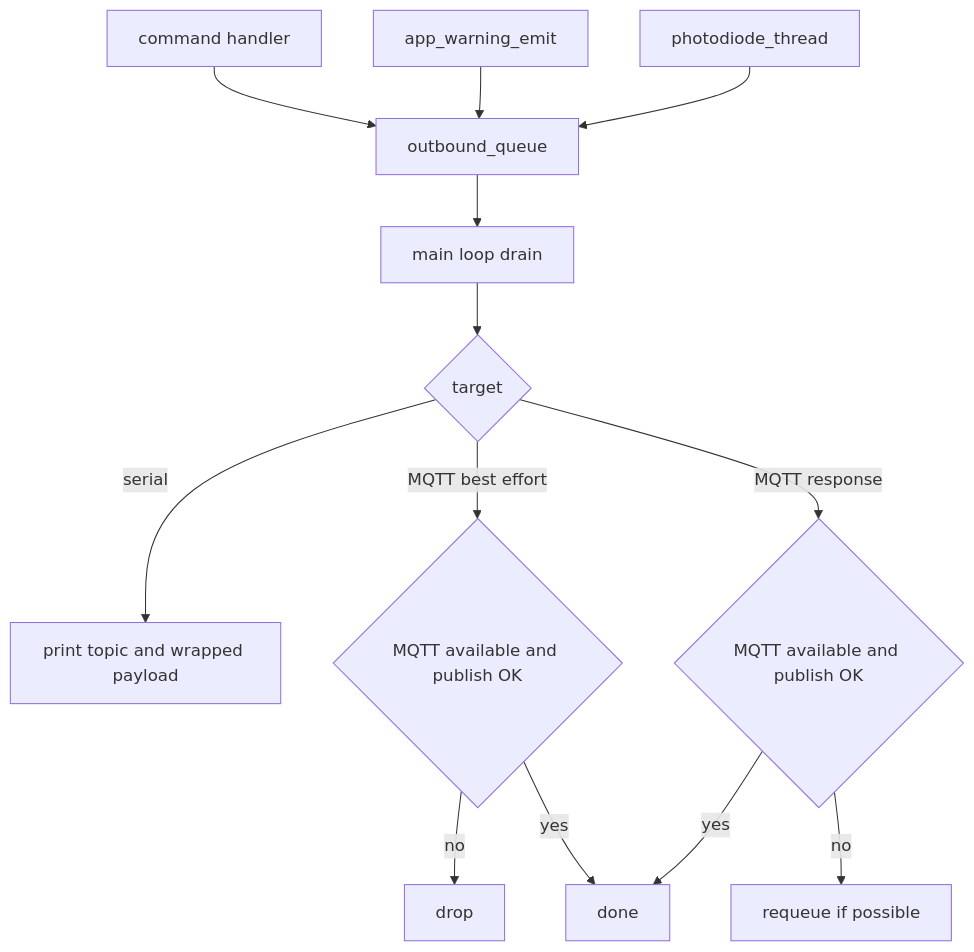
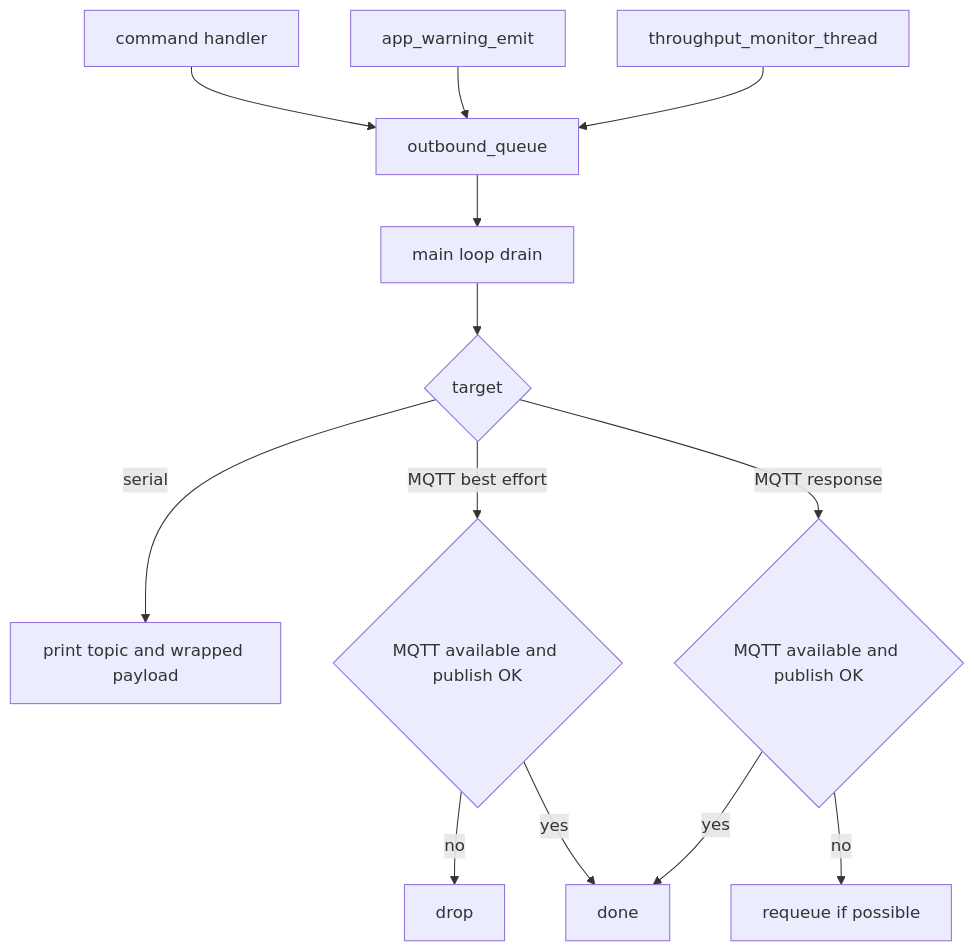
The seventh of 22 diagrams in doc/diagrams.md (COO-Utilities/hispec-tib), drawn with Mermaid before and after one commit. The commit also changed other lines of this file, not shown here.

Commit message:
Add throughput monitor flow diagrams, update related flows, and align documentation numbering.

````diff
--- a/doc/diagrams.md
+++ b/doc/diagrams.md
@@ -135,15 +141,15 @@
 ```mermaid
 flowchart TD
   Handler[command handler] --> OutQ[outbound_queue]
   Warning[app_warning_emit] --> OutQ
-  Photodiode[photodiode_thread] --> OutQ
+  Throughput[throughput_monitor_thread] --> OutQ
   OutQ --> Drain[main loop drain]
   Drain --> Target{target}
   Target -- serial --> Print[print topic and wrapped payload]
   Target -- MQTT best effort --> MQTTBE{MQTT available and publish OK}
   Target -- MQTT response --> MQTT{MQTT available and publish OK}
   MQTTBE -- no --> Drop[drop]
   MQTTBE -- yes --> Done[done]
   MQTT -- no --> Requeue[requeue if possible]
   MQTT -- yes --> Done
 ```
````
